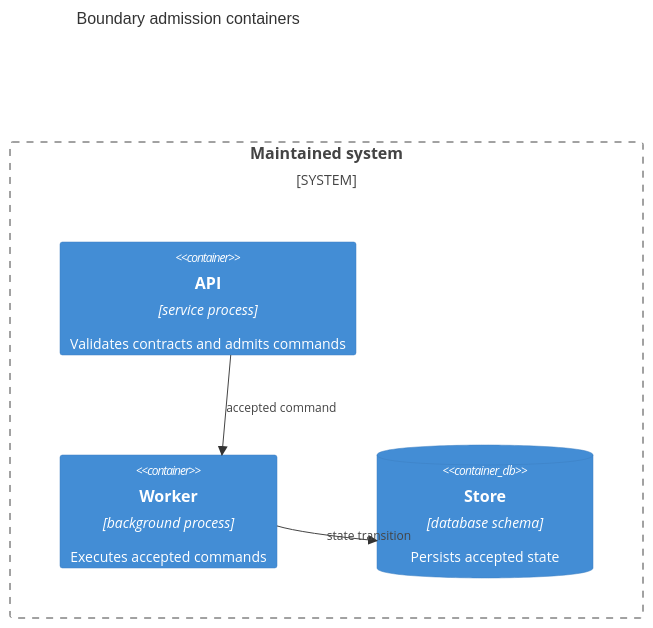
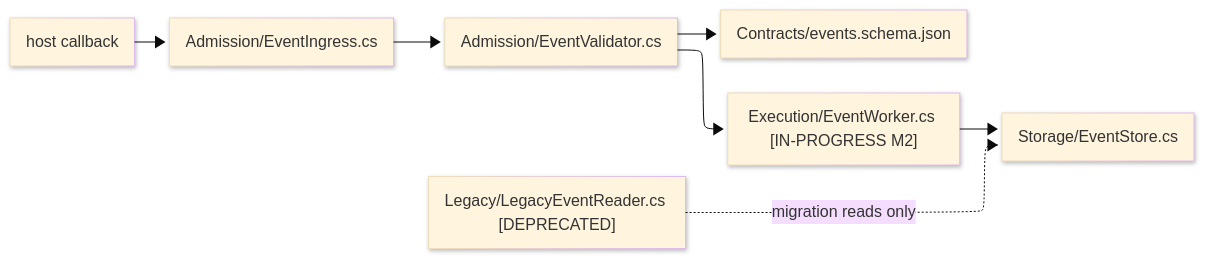
Before and after one commit to bsamiee/Rasm: the first of 2 diagrams in docs/standards/explanation/architecture.md, drawn with Mermaid. The commit also changed other lines of this file and 21 other files, not shown here.

````diff
--- a/docs/standards/explanation/architecture.md
+++ b/docs/standards/explanation/architecture.md
@@ -322,23 +257,21 @@
 ```mermaid
 ---
 config:
   layout: elk
   look: neo
   theme: base
   elk:
     mergeEdges: false
     nodePlacementStrategy: BRANDES_KOEPF
     cycleBreakingStrategy: GREEDY_MODEL_ORDER
 ---
-C4Container
-    accTitle: Boundary admission containers
-    accDescr: Inside the maintained system, the API admits commands, the worker executes accepted commands, and the store persists accepted state.
-    title Boundary admission containers
-    System_Boundary(SystemScope, "Maintained system") {
-        Container(Api, "API", "service process", "Validates contracts and admits commands")
-        Container(Worker, "Worker", "background process", "Executes accepted commands")
-        ContainerDb(Store, "Store", "database schema", "Persists accepted state")
-    }
-    Rel(Api, Worker, "accepted command")
-    Rel(Worker, Store, "state transition")
+flowchart LR
+    accTitle: Event pipeline code flow
+    accDescr: Host events enter the admission file, validate against the generated contract, execute through the in-progress worker, and persist through the storage boundary while deprecated legacy reads remain isolated.
+    Host["host callback"] --> Ingress["Admission/EventIngress.cs"]
+    Ingress --> Validator["Admission/EventValidator.cs"]
+    Validator --> Contract["Contracts/events.schema.json"]
+    Validator --> Worker["Execution/EventWorker.cs [IN-PROGRESS M2]"]
+    Worker --> Store["Storage/EventStore.cs"]
+    Legacy["Legacy/LegacyEventReader.cs [DEPRECATED]"] -. "migration reads only" .-> Store
 ```
````
